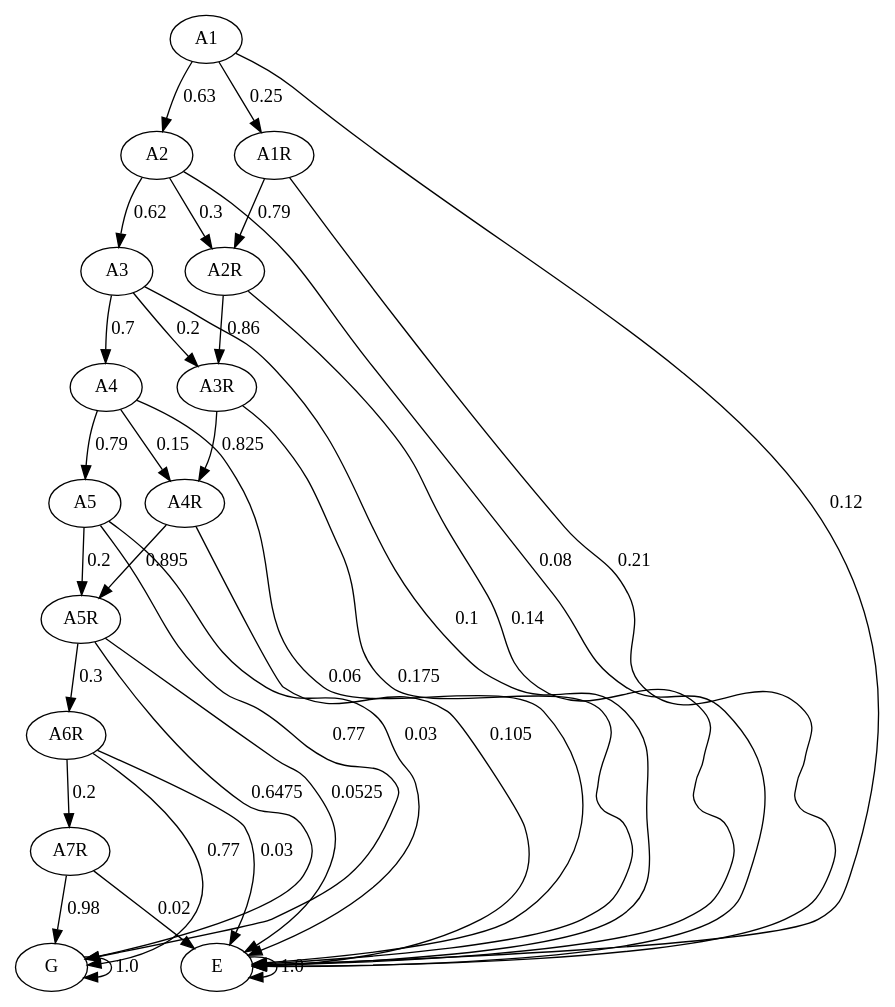
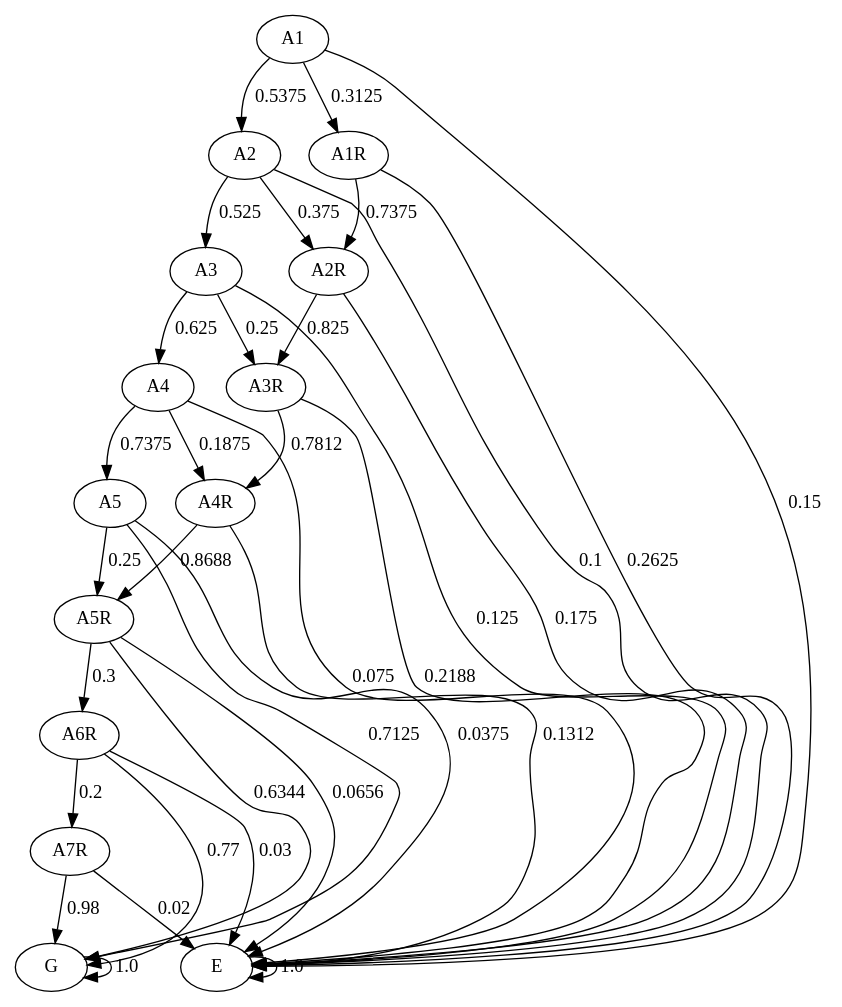
The diagram in graph/markov.dot (JulianaFerreira/educacao), drawn with Graphviz before and after one commit. The commit also changed 22 other files, not shown here.

```diff
--- a/graph/markov.dot
+++ b/graph/markov.dot
@@ -1,49 +1,49 @@
 digraph  {
 A1;
 A2;
 A3;
 A4;
 A5;
 A1R;
 A2R;
 A3R;
 A4R;
 A5R;
 A6R;
 A7R;
 G;
 E;
-A1 -> A2  [key=0, label="0.63", weight="0.63"];
-A1 -> A1R  [key=0, label="0.25", weight="0.25"];
-A1 -> E  [key=0, label="0.12", weight="0.12"];
-A2 -> A3  [key=0, label="0.62", weight="0.62"];
-A2 -> A2R  [key=0, label="0.3", weight="0.3"];
-A2 -> E  [key=0, label="0.08", weight="0.08"];
-A3 -> A4  [key=0, label="0.7", weight="0.7"];
-A3 -> A3R  [key=0, label="0.2", weight="0.2"];
-A3 -> E  [key=0, label="0.1", weight="0.1"];
-A4 -> A5  [key=0, label="0.79", weight="0.79"];
-A4 -> A4R  [key=0, label="0.15", weight="0.15"];
-A4 -> E  [key=0, label="0.06", weight="0.06"];
-A5 -> A5R  [key=0, label="0.2", weight="0.2"];
-A5 -> G  [key=0, label="0.77", weight="0.77"];
-A5 -> E  [key=0, label="0.03", weight="0.03"];
-A1R -> A2R  [key=0, label="0.79", weight="0.79"];
-A1R -> E  [key=0, label="0.21", weight="0.21"];
-A2R -> A3R  [key=0, label="0.86", weight="0.86"];
-A2R -> E  [key=0, label="0.14", weight="0.14"];
-A3R -> A4R  [key=0, label="0.825", weight="0.825"];
-A3R -> E  [key=0, label="0.175", weight="0.175"];
-A4R -> A5R  [key=0, label="0.895", weight="0.895"];
-A4R -> E  [key=0, label="0.105", weight="0.105"];
+A1 -> A2  [key=0, label="0.5375", weight="0.5375"];
+A1 -> A1R  [key=0, label="0.3125", weight="0.3125"];
+A1 -> E  [key=0, label="0.15", weight="0.15"];
+A2 -> A3  [key=0, label="0.525", weight="0.525"];
+A2 -> A2R  [key=0, label="0.375", weight="0.375"];
+A2 -> E  [key=0, label="0.1", weight="0.1"];
+A3 -> A4  [key=0, label="0.625", weight="0.625"];
+A3 -> A3R  [key=0, label="0.25", weight="0.25"];
+A3 -> E  [key=0, label="0.125", weight="0.125"];
+A4 -> A5  [key=0, label="0.7375", weight="0.7375"];
+A4 -> A4R  [key=0, label="0.1875", weight="0.1875"];
+A4 -> E  [key=0, label="0.075", weight="0.075"];
+A5 -> A5R  [key=0, label="0.25", weight="0.25"];
+A5 -> G  [key=0, label="0.7125", weight="0.7125"];
+A5 -> E  [key=0, label="0.0375", weight="0.0375"];
+A1R -> A2R  [key=0, label="0.7375", weight="0.7375"];
+A1R -> E  [key=0, label="0.2625", weight="0.2625"];
+A2R -> A3R  [key=0, label="0.825", weight="0.825"];
+A2R -> E  [key=0, label="0.175", weight="0.175"];
+A3R -> A4R  [key=0, label="0.7812", weight="0.7812"];
+A3R -> E  [key=0, label="0.2188", weight="0.2188"];
+A4R -> A5R  [key=0, label="0.8688", weight="0.8688"];
+A4R -> E  [key=0, label="0.1312", weight="0.1312"];
 A5R -> A6R  [key=0, label="0.3", weight="0.3"];
-A5R -> G  [key=0, label="0.6475", weight="0.6475"];
-A5R -> E  [key=0, label="0.0525", weight="0.0525"];
+A5R -> G  [key=0, label="0.6344", weight="0.6344"];
+A5R -> E  [key=0, label="0.0656", weight="0.0656"];
 A6R -> A7R  [key=0, label="0.2", weight="0.2"];
 A6R -> G  [key=0, label="0.77", weight="0.77"];
 A6R -> E  [key=0, label="0.03", weight="0.03"];
 A7R -> G  [key=0, label="0.98", weight="0.98"];
 A7R -> E  [key=0, label="0.02", weight="0.02"];
 G -> G  [key=0, label="1.0", weight="1.0"];
 E -> E  [key=0, label="1.0", weight="1.0"];
 }
```
